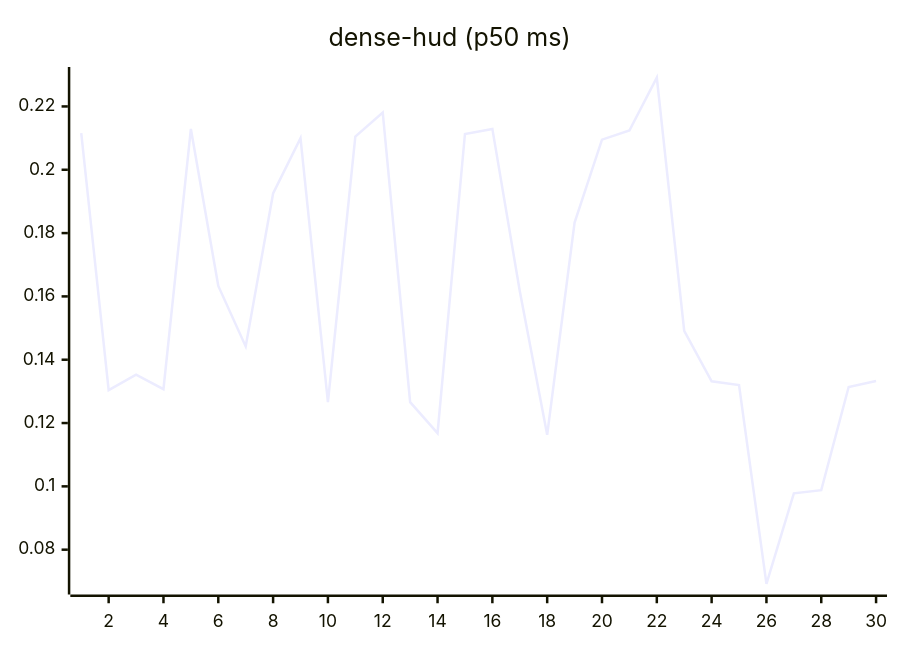
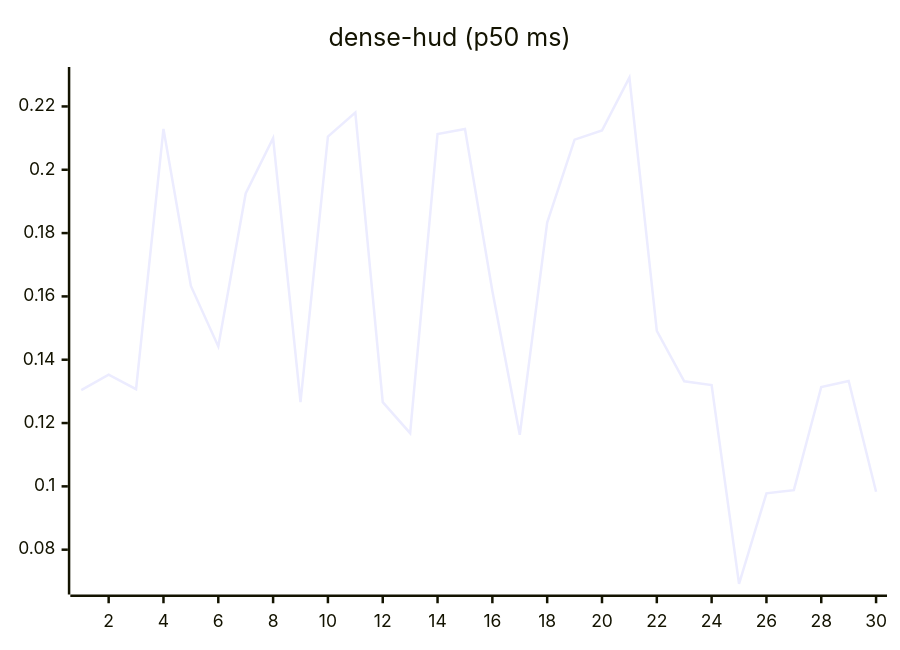
The eighth of 27 diagrams in README.md (josha/Facet), drawn with Mermaid before and after one commit. The commit also changed other lines of this file and 2 other files, not shown here.

````diff
--- a/README.md
+++ b/README.md
@@ -112,6 +112,6 @@
 ```mermaid
 xychart-beta
     title "dense-hud (p50 ms)"
     x-axis 1 --> 30
-    line [0.2116, 0.1304, 0.1353, 0.1307, 0.2129, 0.1633, 0.1442, 0.1925, 0.2100, 0.1266, 0.2105, 0.2181, 0.1266, 0.1168, 0.2113, 0.2129, 0.1617, 0.1163, 0.1833, 0.2095, 0.2124, 0.2291, 0.1491, 0.1332, 0.1320, 0.0692, 0.0978, 0.0988, 0.1314, 0.1333]
+    line [0.1304, 0.1353, 0.1307, 0.2129, 0.1633, 0.1442, 0.1925, 0.2100, 0.1266, 0.2105, 0.2181, 0.1266, 0.1168, 0.2113, 0.2129, 0.1617, 0.1163, 0.1833, 0.2095, 0.2124, 0.2291, 0.1491, 0.1332, 0.1320, 0.0692, 0.0978, 0.0988, 0.1314, 0.1333, 0.0983]
 ```
````
